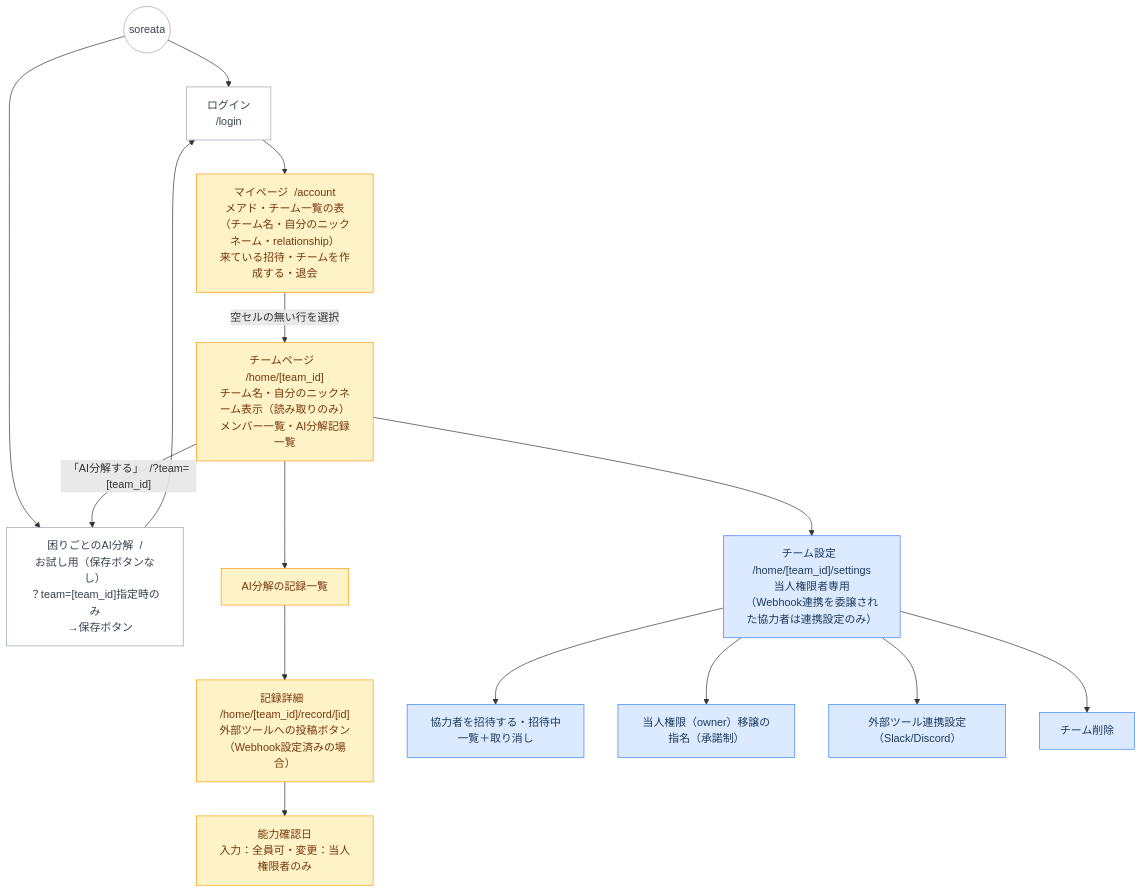
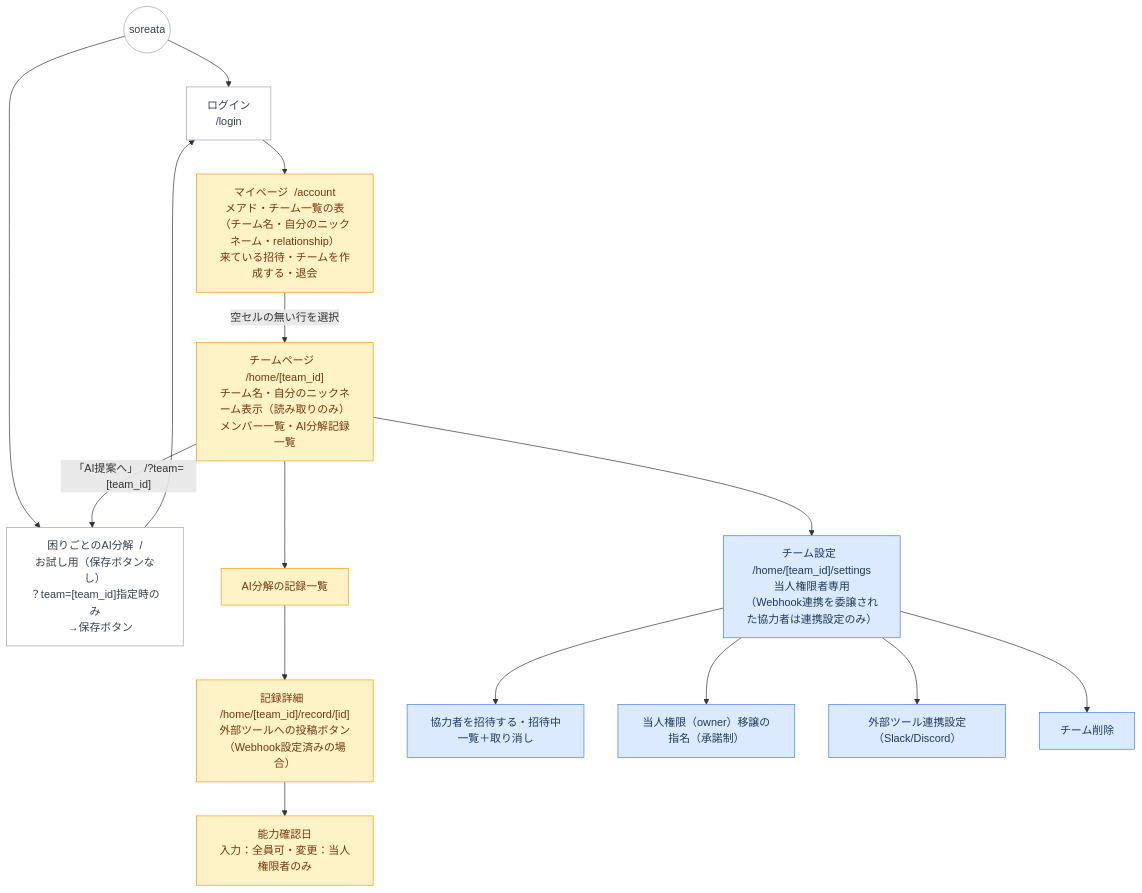
The diagram in docs/screen_tree.md (minamy-i/soreata), drawn with Mermaid before and after one commit. The commit also changed other lines of this file and 10 other files, not shown here.

````diff
--- a/docs/screen_tree.md
+++ b/docs/screen_tree.md
@@ -1,33 +1,33 @@
 ```mermaid
 graph TD
     classDef all fill:#ffffff,stroke:#9ca3af,color:#374151
     classDef owner fill:#dbeafe,stroke:#3b82f6,color:#1e3a5f
     classDef shared fill:#fef3c7,stroke:#f59e0b,color:#78350f
 
     ROOT((soreata))
 
     ROOT --> LOGIN[ログイン\n/login]
     ROOT --> AI["困りごとのAI分解  /\nお試し用（保存ボタンなし）\n？team=[team_id]指定時のみ\n　→保存ボタン"]
     AI --> LOGIN
 
     LOGIN --> A_DASH
 
     A_DASH["マイページ  /account\nメアド・チーム一覧の表\n（チーム名・自分のニックネーム・relationship）\n来ている招待・チームを作成する・退会"]
     A_DASH -->|"空セルの無い行を選択"| TEAM
 
     TEAM["チームページ  /home/[team_id]\nチーム名・自分のニックネーム表示（読み取りのみ）\nメンバー一覧・AI分解記録一覧"]
-    TEAM -->|"「AI分解する」  /?team=[team_id]"| AI
+    TEAM -->|"「AI提案へ」  /?team=[team_id]"| AI
     TEAM --> AI_REC["AI分解の記録一覧"]
     AI_REC --> RECORD["記録詳細  /home/[team_id]/record/[id]\n外部ツールへの投稿ボタン（Webhook設定済みの場合）"]
     RECORD --> CONF["能力確認日\n入力：全員可・変更：当人権限者のみ"]
 
     TEAM --> T_SET["チーム設定  /home/[team_id]/settings\n当人権限者専用\n（Webhook連携を委譲された協力者は連携設定のみ）"]
     T_SET --> INVITE["協力者を招待する・招待中一覧＋取り消し"]
     T_SET --> TRANSFER["当人権限（owner）移譲の指名（承諾制）"]
     T_SET --> WEBHOOK["外部ツール連携設定（Slack/Discord）"]
     T_SET --> TEAMEDIT["チーム削除"]
 
     class ROOT,LOGIN,AI all
     class T_SET,INVITE,TRANSFER,WEBHOOK,TEAMEDIT owner
     class A_DASH,TEAM,AI_REC,RECORD,CONF shared
 ```
````
